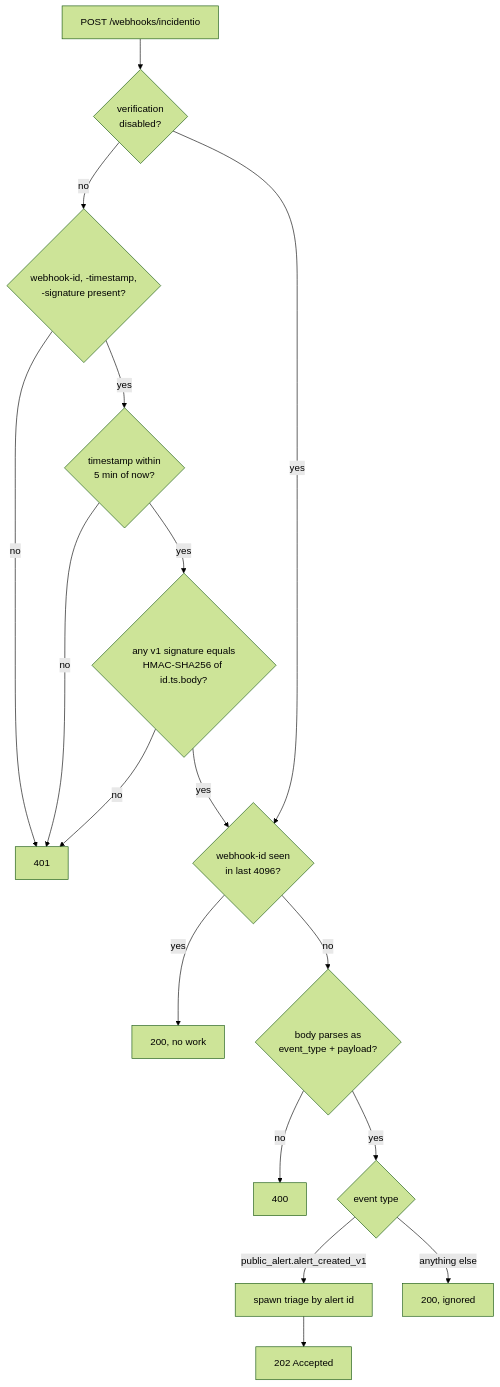
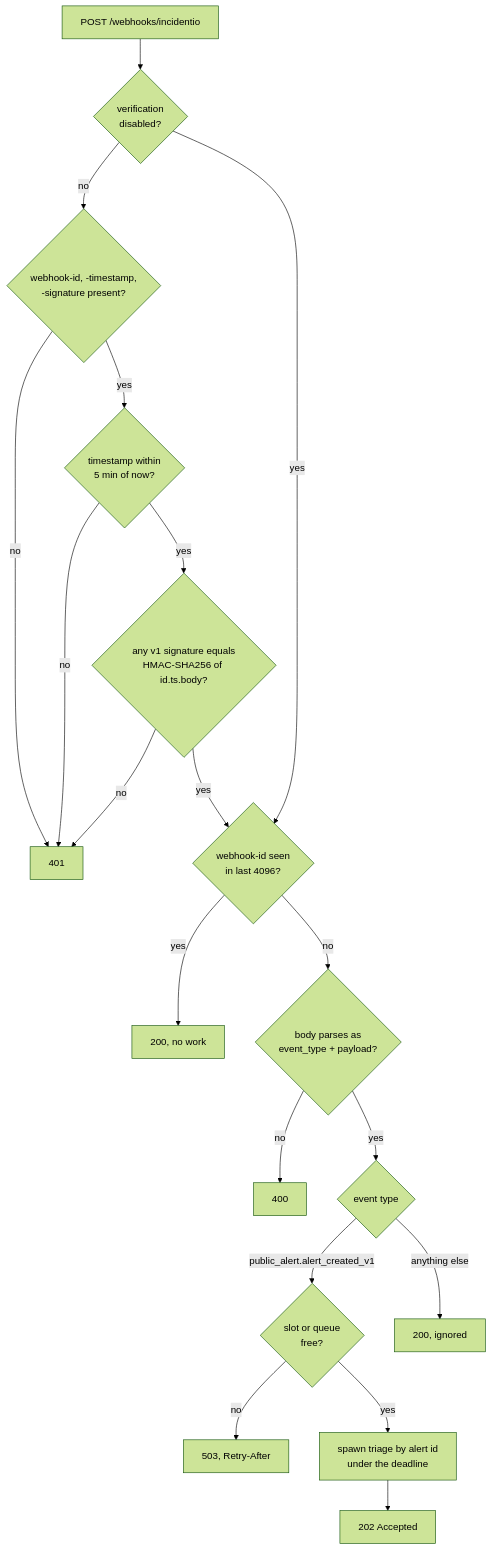
Before and after one commit to chussenot/signalman: the diagram in docs/incidentio.md, drawn with Mermaid (forest theme). The commit also changed other lines of this file and 9 other files, not shown here.

````diff
--- a/docs/incidentio.md
+++ b/docs/incidentio.md
@@ -17,18 +17,20 @@
 ```mermaid
 flowchart TD
     P[POST /webhooks/incidentio] --> V{verification<br/>disabled?}
     V -->|no| H{webhook-id, -timestamp,<br/>-signature present?}
     H -->|no| U401[401]
     H -->|yes| T{timestamp within<br/>5 min of now?}
     T -->|no| U401
     T -->|yes| S{any v1 signature equals<br/>HMAC-SHA256 of id.ts.body?}
     S -->|no| U401
     S -->|yes| D
     V -->|yes| D{webhook-id seen<br/>in last 4096?}
     D -->|yes| OK200[200, no work]
     D -->|no| E{body parses as<br/>event_type + payload?}
     E -->|no| B400[400]
     E -->|yes| K{event type}
-    K -->|public_alert.alert_created_v1| SP[spawn triage by alert id] --> A202[202 Accepted]
+    K -->|public_alert.alert_created_v1| CAP{slot or queue<br/>free?}
+    CAP -->|no| U503[503, Retry-After]
+    CAP -->|yes| SP[spawn triage by alert id<br/>under the deadline] --> A202[202 Accepted]
     K -->|anything else| OK200b[200, ignored]
 ```
````
